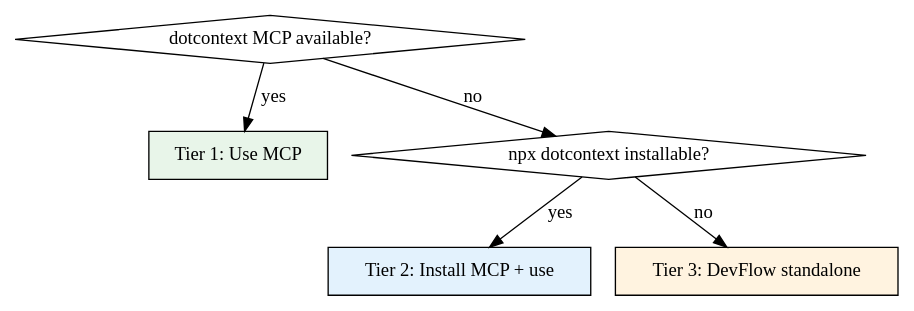
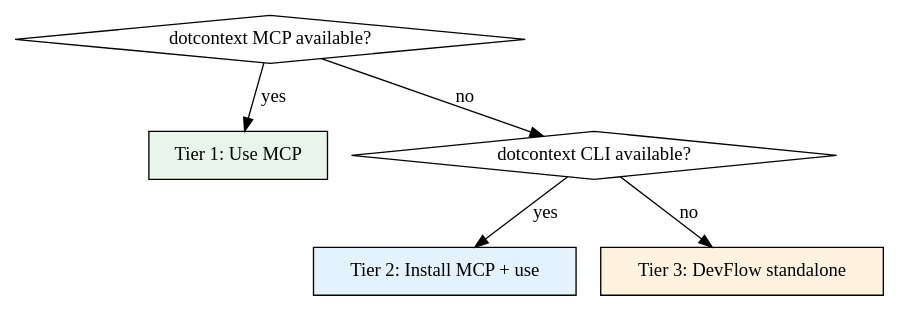
The diagram in skills/project-init/SKILL.md (NEXUZ-SYS/devflow), drawn with Graphviz before and after one commit. The commit also changed other lines of this file and 6 other files, not shown here.

First line of the commit message:
fix: replace npx dotcontext with global CLI for npm 11+ compatibility

````diff
--- a/skills/project-init/SKILL.md
+++ b/skills/project-init/SKILL.md
@@ -20,15 +20,15 @@
 ```dot
 digraph init_strategy {
     rankdir=TB;
     node [shape=diamond];
 
     "dotcontext MCP available?" -> "Tier 1: Use MCP" [label="yes"];
-    "dotcontext MCP available?" -> "npx dotcontext installable?" [label="no"];
-    "npx dotcontext installable?" -> "Tier 2: Install MCP + use" [label="yes"];
-    "npx dotcontext installable?" -> "Tier 3: DevFlow standalone" [label="no"];
+    "dotcontext MCP available?" -> "dotcontext CLI available?" [label="no"];
+    "dotcontext CLI available?" -> "Tier 2: Install MCP + use" [label="yes"];
+    "dotcontext CLI available?" -> "Tier 3: DevFlow standalone" [label="no"];
 
     "Tier 1: Use MCP" [shape=box, style=filled, fillcolor="#e8f5e9"];
     "Tier 2: Install MCP + use" [shape=box, style=filled, fillcolor="#e3f2fd"];
     "Tier 3: DevFlow standalone" [shape=box, style=filled, fillcolor="#fff3e0"];
 }
 ```
````
